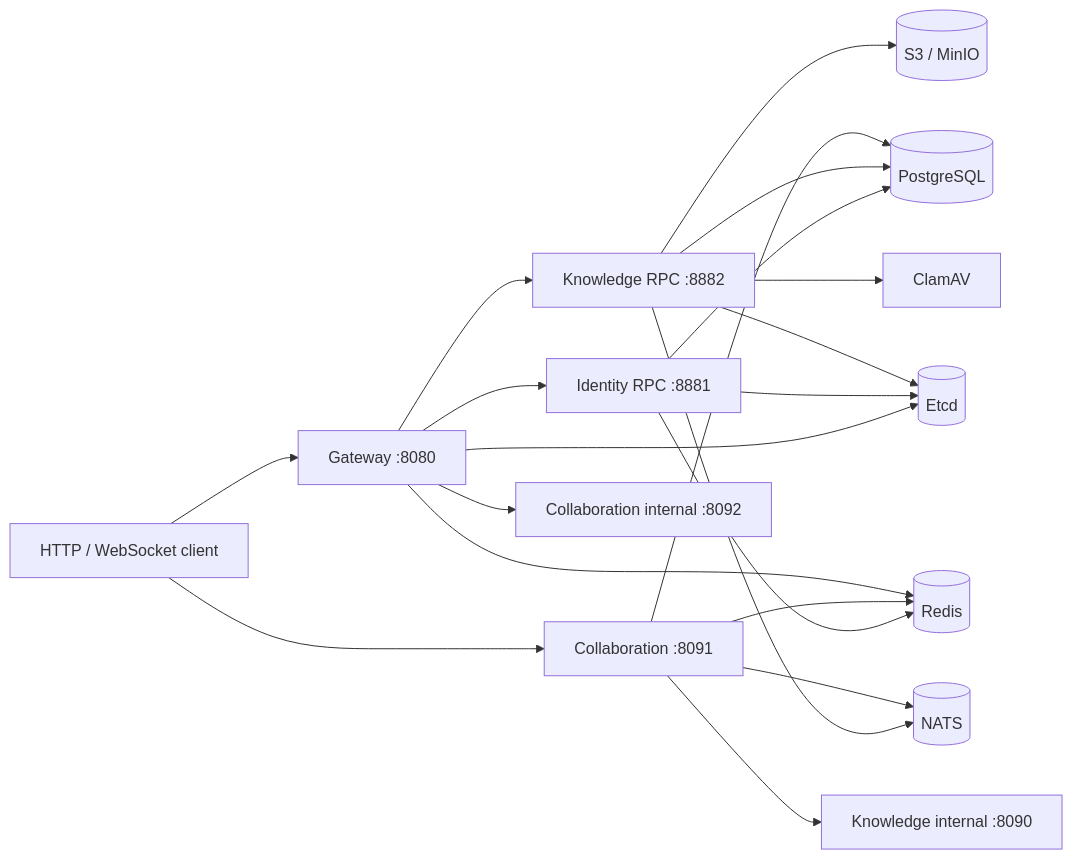
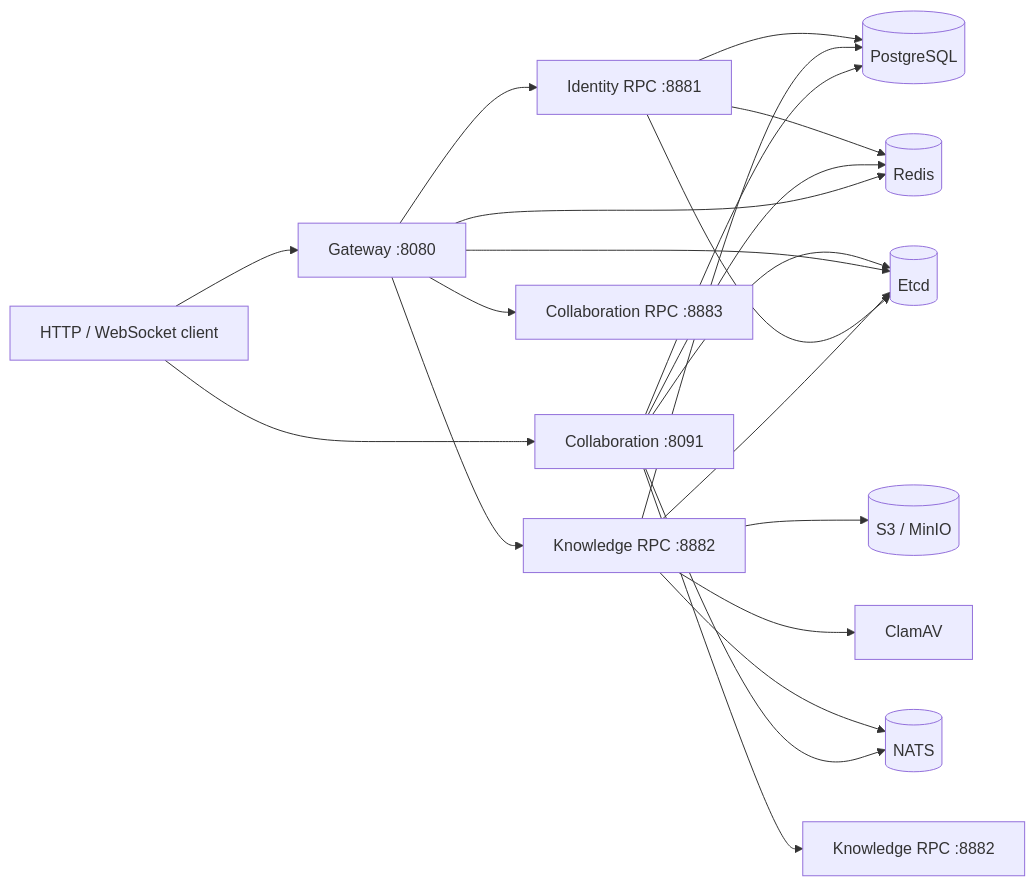
Before and after one commit to HappyLadySauceM/Knowledge-Core: the diagram in README.md, drawn with Mermaid. The commit also changed other lines of this file and 227 other files, not shown here.

````diff
--- a/README.md
+++ b/README.md
@@ -66,22 +67,23 @@
 ```mermaid
 flowchart LR
     Client[HTTP / WebSocket client] --> Gateway[Gateway :8080]
     Client --> Collaboration[Collaboration :8091]
     Gateway --> Identity[Identity RPC :8881]
     Gateway --> Knowledge[Knowledge RPC :8882]
-    Gateway --> CollaborationInternal[Collaboration internal :8092]
-    Collaboration --> KnowledgeInternal[Knowledge internal :8090]
+    Gateway --> CollaborationRPC[Collaboration RPC :8883]
+    Collaboration --> KnowledgeRPC[Knowledge RPC :8882]
     Identity --> PostgreSQL[(PostgreSQL)]
     Identity --> Redis[(Redis)]
     Knowledge --> PostgreSQL
     Knowledge --> S3[(S3 / MinIO)]
     Knowledge --> ClamAV[ClamAV]
     Knowledge --> NATS[(NATS)]
     Collaboration --> PostgreSQL
     Collaboration --> Redis
     Collaboration --> NATS
+    Collaboration --> Etcd
     Gateway --> Redis
     Gateway --> Etcd[(Etcd)]
     Identity --> Etcd
     Knowledge --> Etcd
 ```
````
